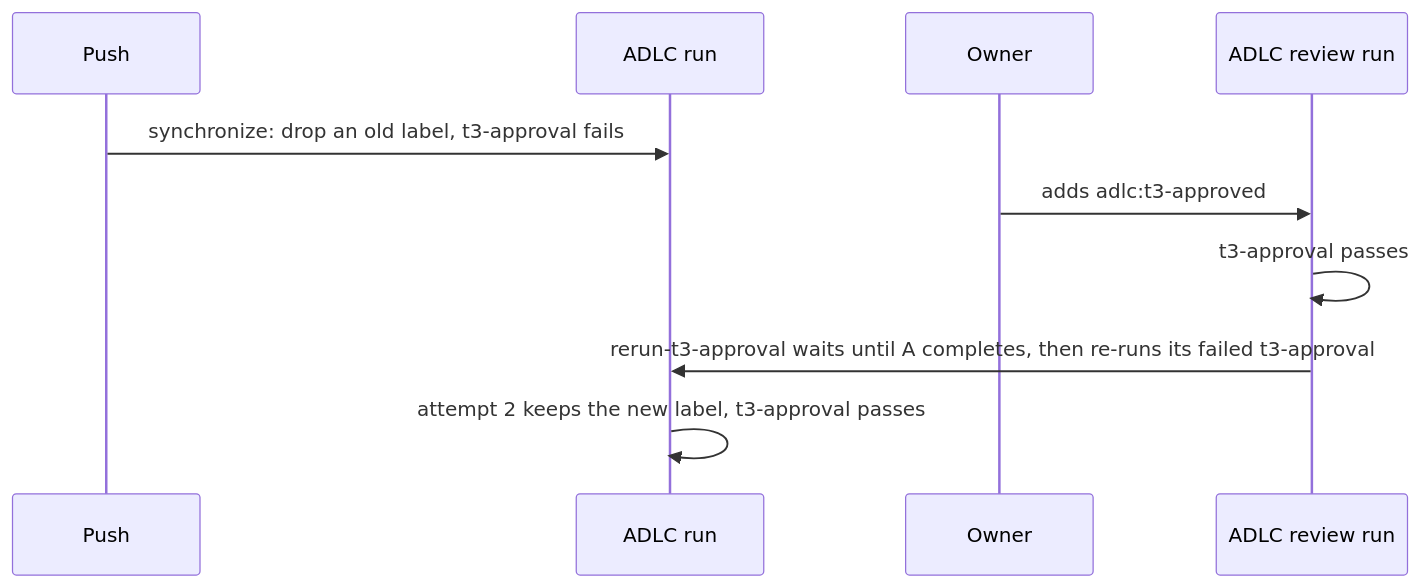
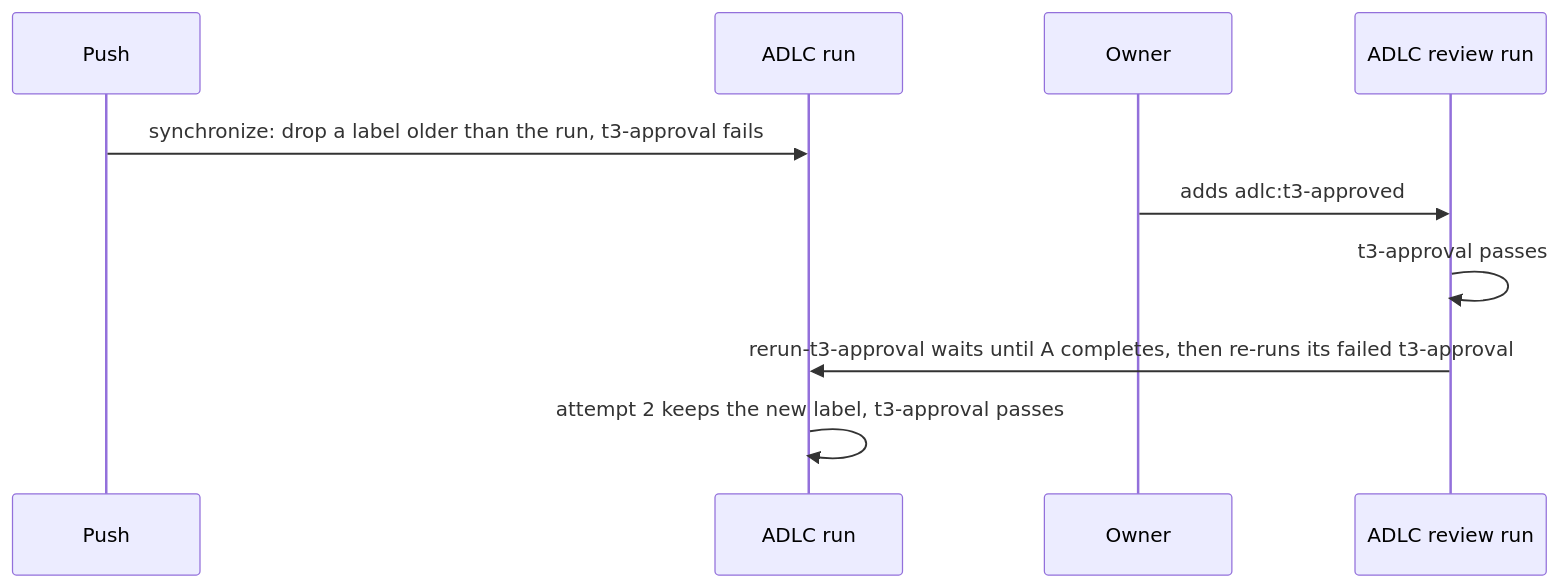
The diagram in intent/2026-10-23-t3-approval-after-label/spec.md (anandfrancis93/ADLC), drawn with Mermaid before and after one commit. The commit also changed other lines of this file, not shown here.

````diff
--- a/intent/2026-10-23-t3-approval-after-label/spec.md
+++ b/intent/2026-10-23-t3-approval-after-label/spec.md
@@ -53,12 +63,12 @@
 ```mermaid
 sequenceDiagram
   participant P as Push
   participant A as ADLC run
   participant O as Owner
   participant R as ADLC review run
-  P->>A: synchronize: drop an old label, t3-approval fails
+  P->>A: synchronize: drop a label older than the run, t3-approval fails
   O->>R: adds adlc:t3-approved
   R->>R: t3-approval passes
   R->>A: rerun-t3-approval waits until A completes, then re-runs its failed t3-approval
   A->>A: attempt 2 keeps the new label, t3-approval passes
 ```
````
